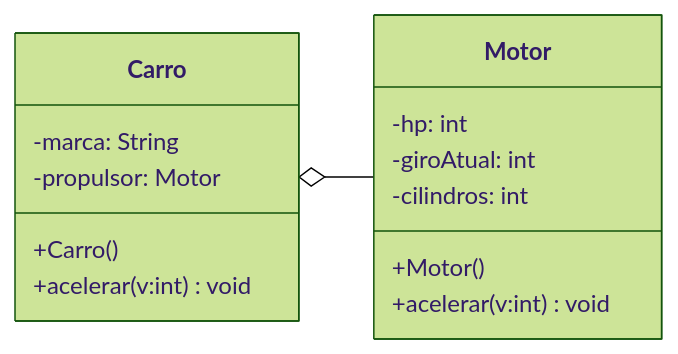
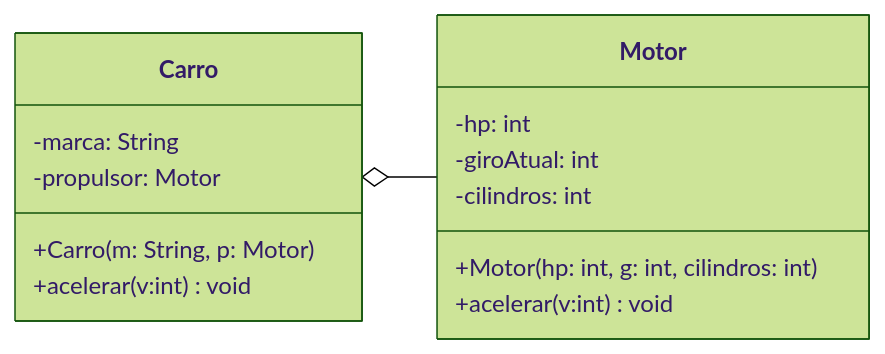
Before and after one commit to Gabriel-RochaF/POO: the first of 2 diagrams in aulas/2026-09-23-aula-13/atividade1/Readme.md, drawn with Mermaid (forest theme). The commit also changed other lines of this file and 32 other files, not shown here.

````diff
--- a/aulas/2026-09-23-aula-13/atividade1/Readme.md
+++ b/aulas/2026-09-23-aula-13/atividade1/Readme.md
@@ -10,18 +10,18 @@
 ```mermaid
 classDiagram
     direction LR
     Carro o-- Motor
     class Carro{
         -marca: String
         -propulsor: Motor
-        +Carro()
+        +Carro(m: String, p: Motor)
         +acelerar(v:int) void
     }
     class Motor{
         -hp: int
         -giroAtual: int
         -cilindros: int
-        +Motor()
+        +Motor(hp: int, g: int, cilindros: int)
         +acelerar(v:int) void
     }
 ```
````
